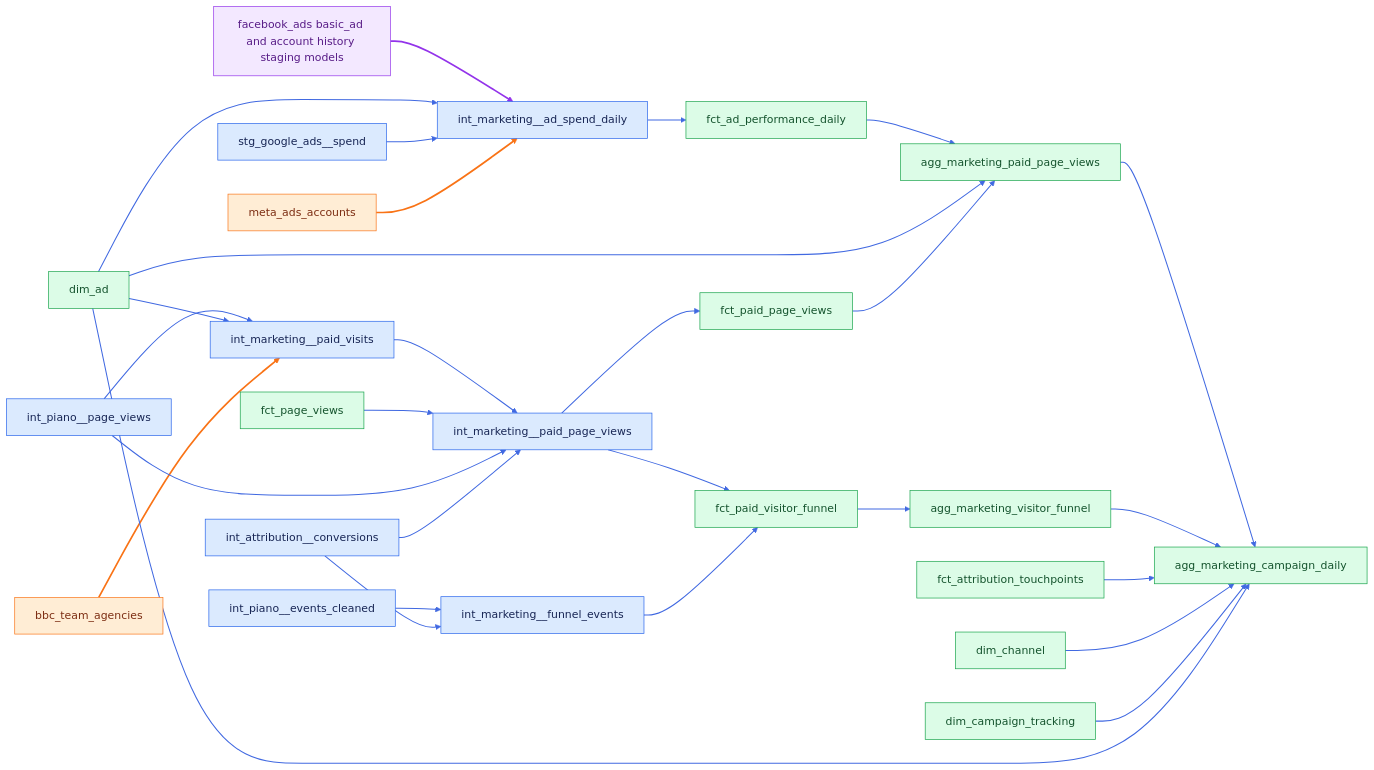
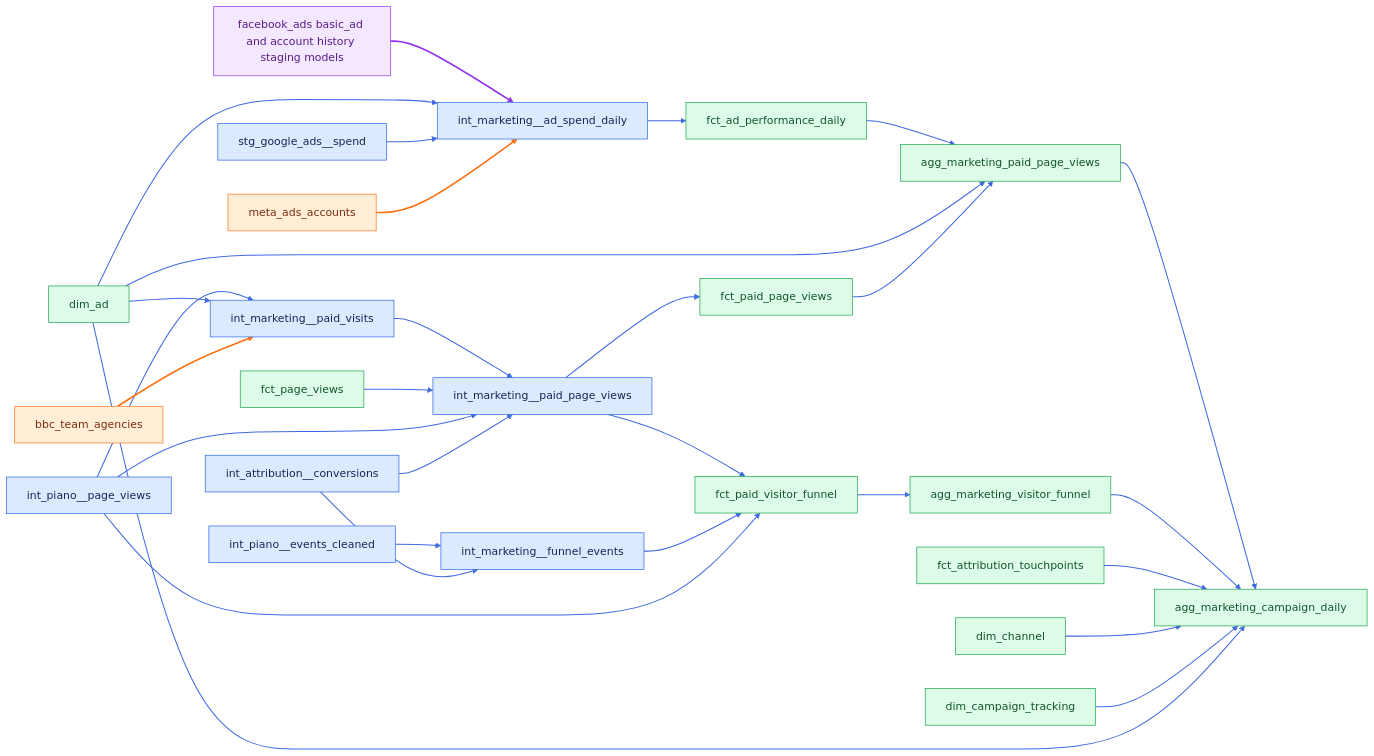
The seventh of 9 diagrams in docs/lineage.md (angelatanbbc/angela_bbc), drawn with Mermaid before and after one commit. The commit also changed other lines of this file and 2 other files, not shown here.

Commit message:
Applied the attribution's shared browser and other account checks to the funnel's browser link

````diff
--- a/docs/lineage.md
+++ b/docs/lineage.md
@@ -241,37 +241,38 @@
 ```mermaid
 graph LR
     classDef seed fill:#ffedd5,stroke:#f97316,color:#7c2d12
     classDef model fill:#dbeafe,stroke:#2563eb,color:#172554
     classDef mart fill:#dcfce7,stroke:#16a34a,color:#14532d
     classDef package fill:#f3e8ff,stroke:#9333ea,color:#581c87
     page_views["int_piano__page_views"]:::model --> paid_visits["int_marketing__paid_visits"]:::model
     ad["dim_ad"]:::mart --> paid_visits
     agencies["bbc_team_agencies"]:::seed --> paid_visits
     paid_visits --> paid_pv["int_marketing__paid_page_views"]:::model
     fct_pv["fct_page_views"]:::mart --> paid_pv
     page_views --> paid_pv
     conversions["int_attribution__conversions"]:::model --> paid_pv
     cleaned["int_piano__events_cleaned"]:::model --> funnel_events["int_marketing__funnel_events"]:::model
     conversions --> funnel_events
     fb["facebook_ads basic_ad and account history staging models"]:::package --> spend["int_marketing__ad_spend_daily"]:::model
     ad --> spend
     google_stg["stg_google_ads__spend"]:::model --> spend
     accounts["meta_ads_accounts"]:::seed --> spend
     spend --> perf["fct_ad_performance_daily"]:::mart
     paid_pv --> fct_paid["fct_paid_page_views"]:::mart
     paid_pv --> funnel["fct_paid_visitor_funnel"]:::mart
     funnel_events --> funnel
     perf --> g3["agg_marketing_paid_page_views"]:::mart
     ad --> g3
     fct_paid --> g3
     funnel --> g4["agg_marketing_visitor_funnel"]:::mart
     g3 --> g5["agg_marketing_campaign_daily"]:::mart
     g4 --> g5
     attribution["fct_attribution_touchpoints"]:::mart --> g5
     channel["dim_channel"]:::mart --> g5
     tracking["dim_campaign_tracking"]:::mart --> g5
     ad --> g5
-    linkStyle 0,1,3,4,5,6,7,8,10,11,13,14,15,16,17,18,19,20,21,22,23,24,25,26 stroke:#4169e1,stroke-width:1.5px
+    page_views --> funnel
+    linkStyle 0,1,3,4,5,6,7,8,10,11,13,14,15,16,17,18,19,20,21,22,23,24,25,26,27 stroke:#4169e1,stroke-width:1.5px
     linkStyle 2,12 stroke:#f97316,stroke-width:2.5px
     linkStyle 9 stroke:#9333ea,stroke-width:2.5px
 ```
````
